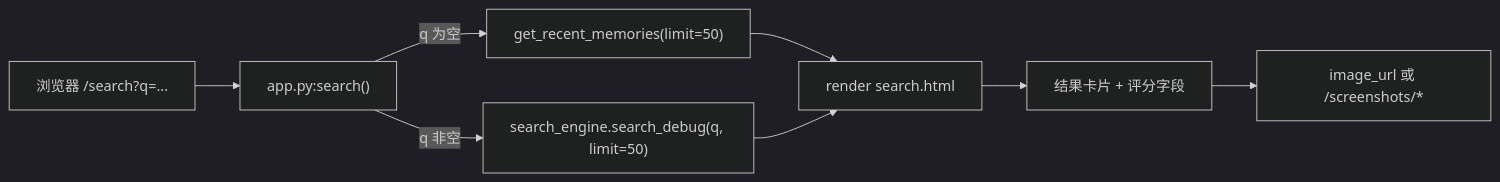
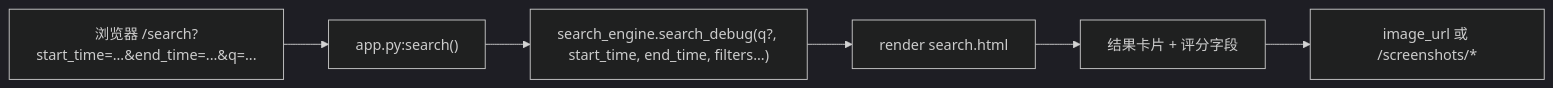
The diagram in v3/webui/pages/search.md (Xinm123/MyRecall), drawn with Mermaid (dark theme) before and after one commit. The commit also changed other lines of this file and 25 other files, not shown here.

````diff
--- a/v3/webui/pages/search.md
+++ b/v3/webui/pages/search.md
@@ -44,10 +44,8 @@
 ```mermaid
 flowchart LR
-  U["浏览器 /search?q=..."] --> A["app.py:search()"]
-  A -->|q 为空| R0["get_recent_memories(limit=50)"]
-  A -->|q 非空| R1["search_engine.search_debug(q, limit=50)"]
-  R0 --> TPL["render search.html"]
-  R1 --> TPL
+  U["浏览器 /search?start_time=...&end_time=...&q=..."] --> A["app.py:search()"]
+  A --> Q["search_engine.search_debug(q?, start_time, end_time, filters...)"]
+  Q --> TPL["render search.html"]
   TPL --> UI["结果卡片 + 评分字段"]
   UI --> IMG["image_url 或 /screenshots/*"]
 ```
````
